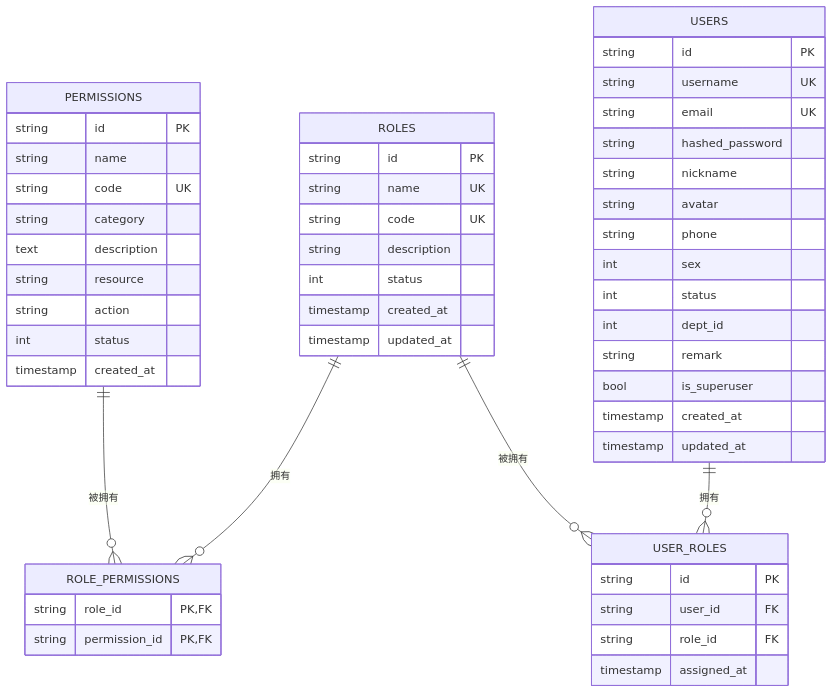
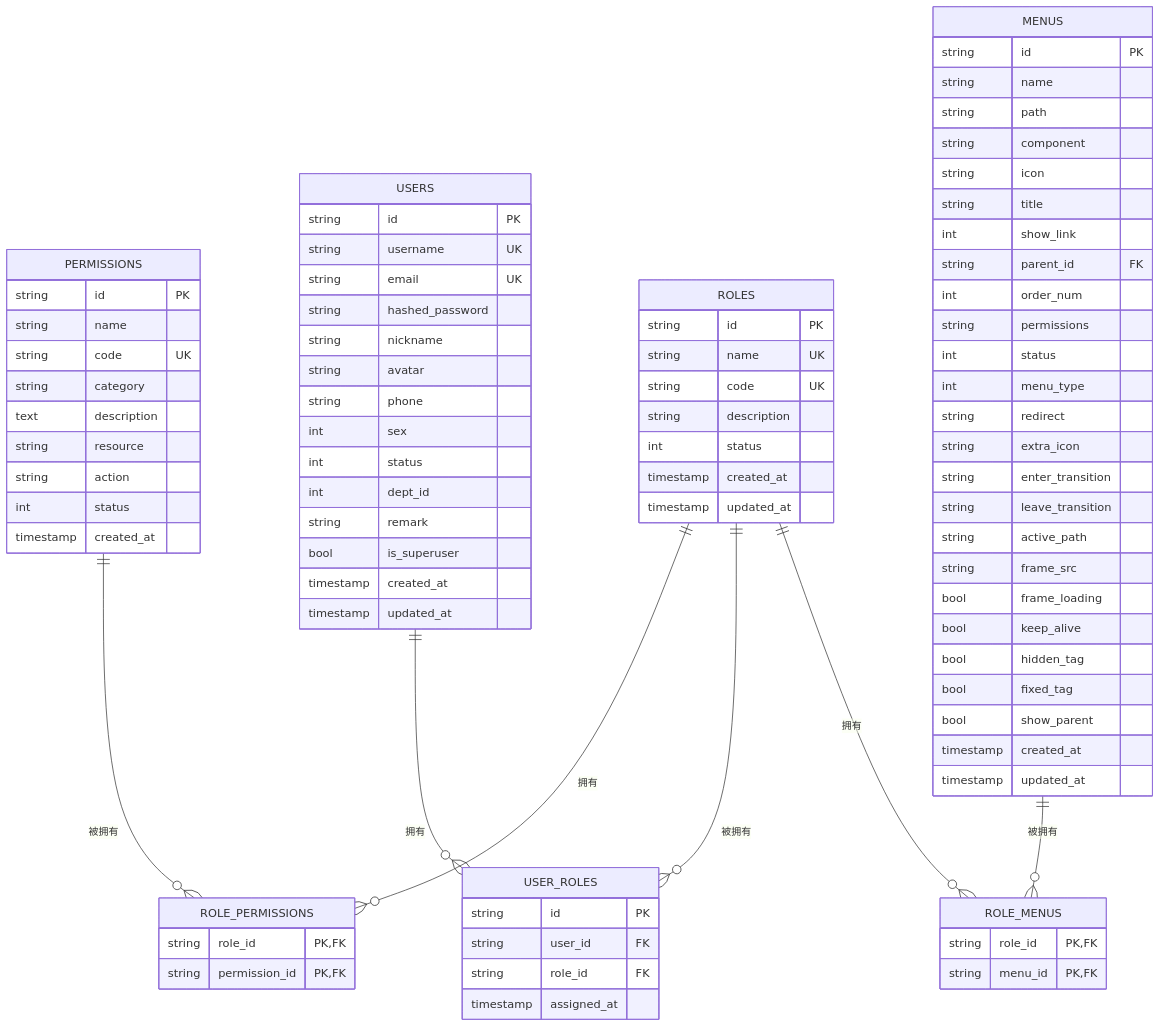
One commit to taoweidong/Hello-FastApi changed the third of 6 diagrams in .qoder/repowiki/zh/content/项目概述/核心特性/RBAC 权限控制/角色管理.md. Above: the diagram before and after it, drawn with Mermaid. The commit also changed other lines of this file and 9 other files, not shown here.

````diff
--- a/.qoder/repowiki/zh/content/项目概述/核心特性/RBAC 权限控制/角色管理.md
+++ b/.qoder/repowiki/zh/content/项目概述/核心特性/RBAC 权限控制/角色管理.md
@@ -208,8 +227,41 @@
 string role_id FK
 timestamp assigned_at
 }
+MENUS {
+string id PK
+string name
+string path
+string component
+string icon
+string title
+int show_link
+string parent_id FK
+int order_num
+string permissions
+int status
+int menu_type
+string redirect
+string extra_icon
+string enter_transition
+string leave_transition
+string active_path
+string frame_src
+bool frame_loading
+bool keep_alive
+bool hidden_tag
+bool fixed_tag
+bool show_parent
+timestamp created_at
+timestamp updated_at
+}
+ROLE_MENUS {
+string role_id PK,FK
+string menu_id PK,FK
+}
 ROLES ||--o{ ROLE_PERMISSIONS : "拥有"
 PERMISSIONS ||--o{ ROLE_PERMISSIONS : "被拥有"
 USERS ||--o{ USER_ROLES : "拥有"
 ROLES ||--o{ USER_ROLES : "被拥有"
+ROLES ||--o{ ROLE_MENUS : "拥有"
+MENUS ||--o{ ROLE_MENUS : "被拥有"
 ```
````
